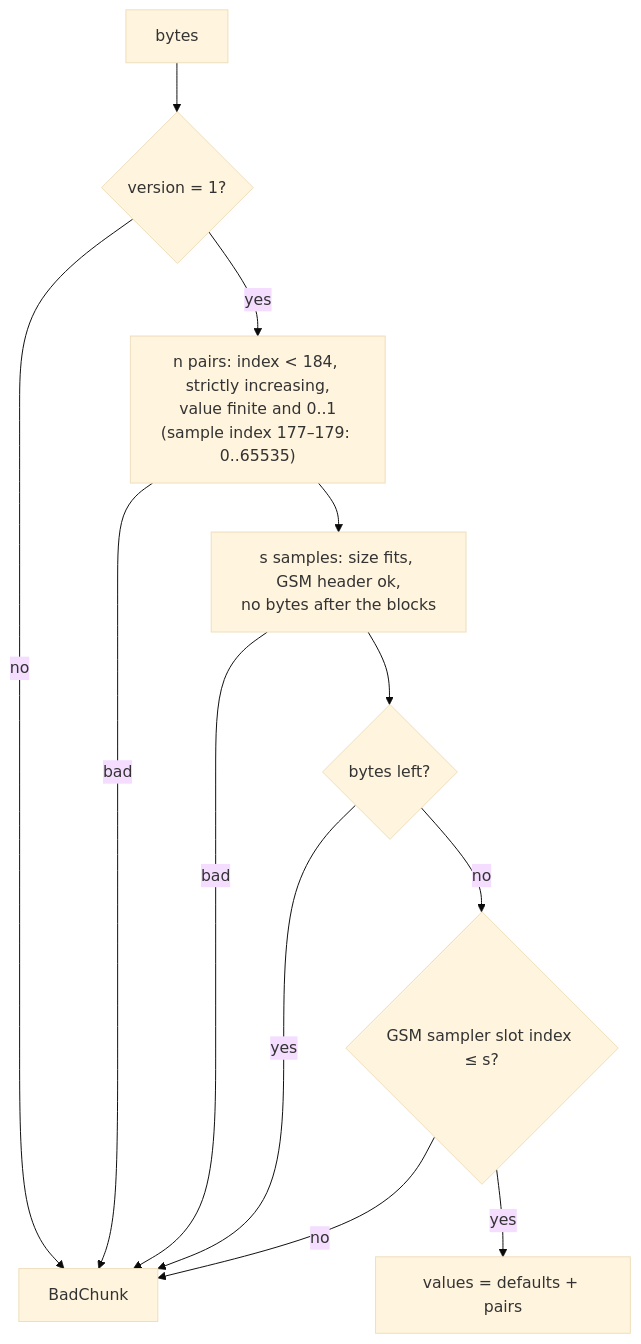
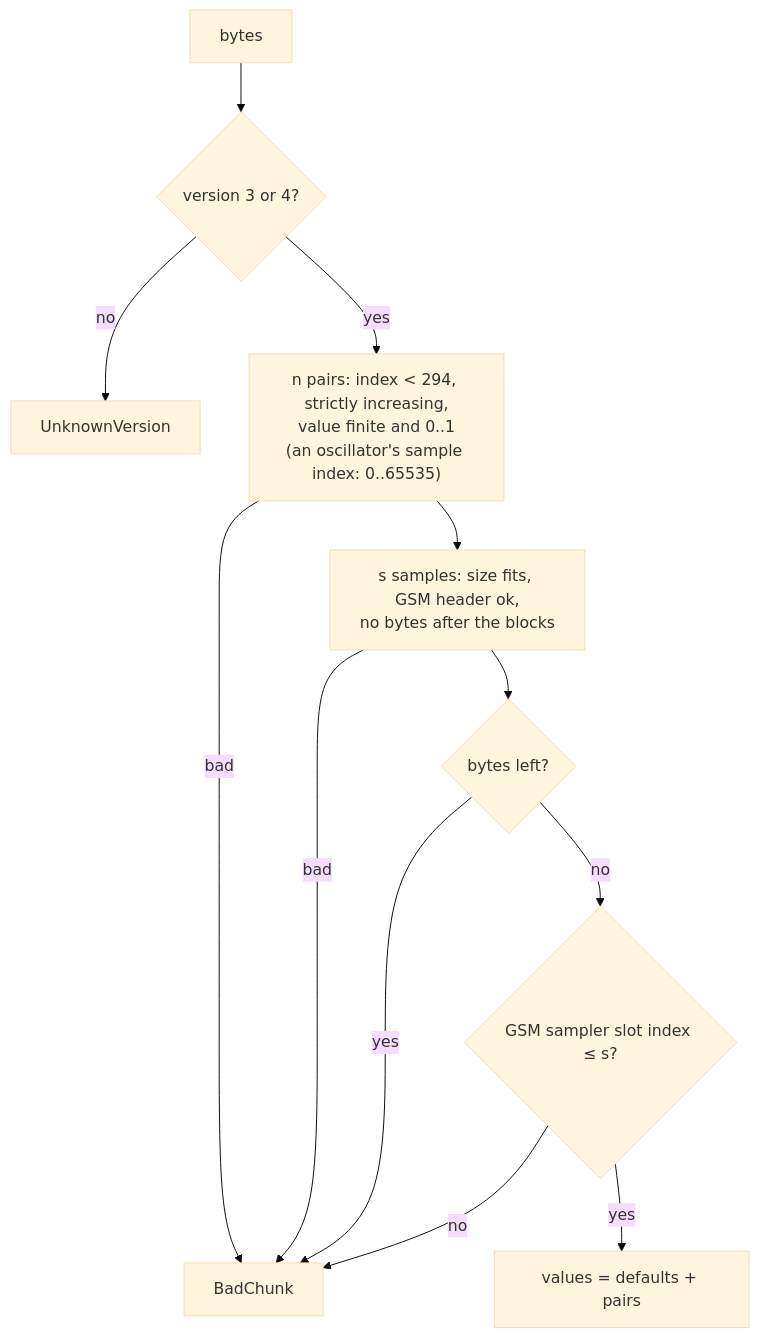
The third of 16 diagrams in docs/synth/unisynth.md (unisynth/unisynth), drawn with Mermaid (base theme) before and after one commit. The commit also changed other lines of this file and 496 other files, not shown here.

````diff
--- a/docs/synth/unisynth.md
+++ b/docs/synth/unisynth.md
@@ -171,14 +178,14 @@
 ```mermaid
 flowchart TD
-    A["bytes"] --> V{"version = 1?"}
-    V -- no --> E["BadChunk"]
-    V -- yes --> P["n pairs: index < 184, strictly increasing,<br/>value finite and 0..1<br/>(sample index 177–179: 0..65535)"]
-    P -- bad --> E
+    A["bytes"] --> V{"version 3 or 4?"}
+    V -- no --> U["UnknownVersion"]
+    V -- yes --> P["n pairs: index < 294, strictly increasing,<br/>value finite and 0..1<br/>(an oscillator's sample index: 0..65535)"]
+    P -- bad --> E["BadChunk"]
     P --> S["s samples: size fits, GSM header ok,<br/>no bytes after the blocks"]
     S -- bad --> E
     S --> T{"bytes left?"}
     T -- yes --> E
     T -- no --> X{"GSM sampler slot index ≤ s?"}
     X -- no --> E
     X -- yes --> OK["values = defaults + pairs"]
 ```
````
